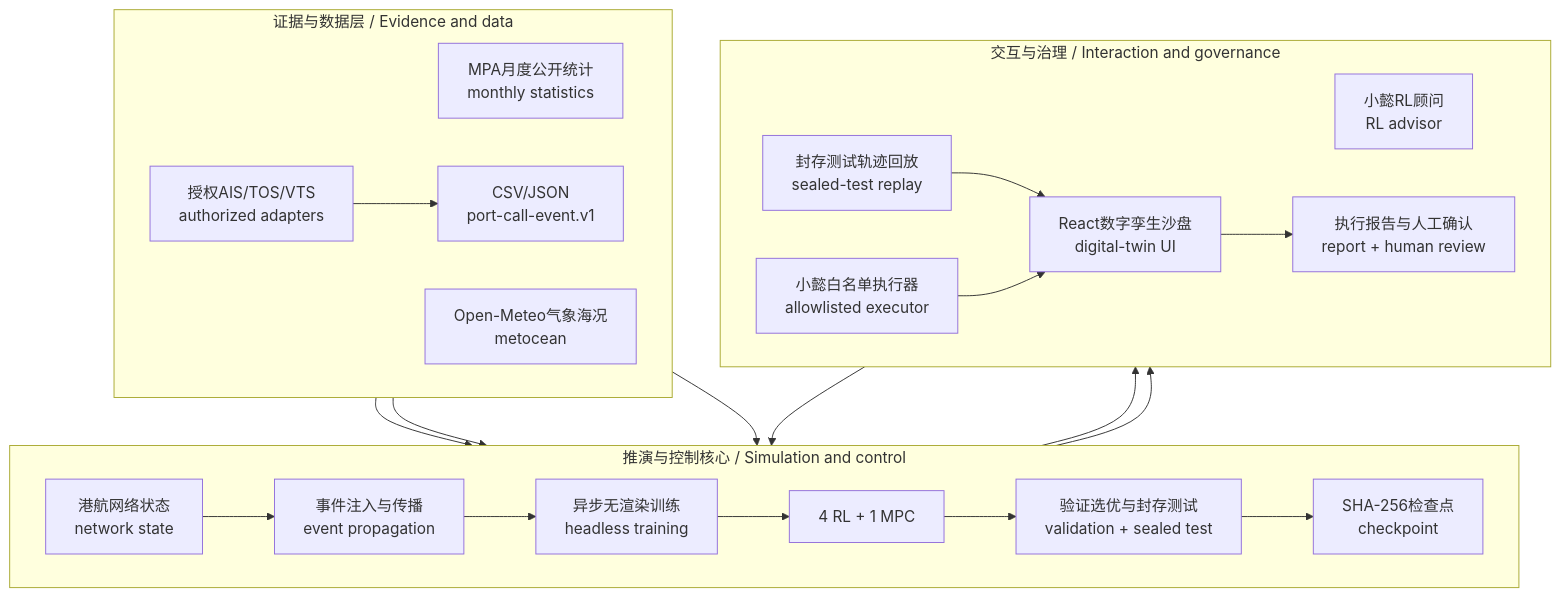
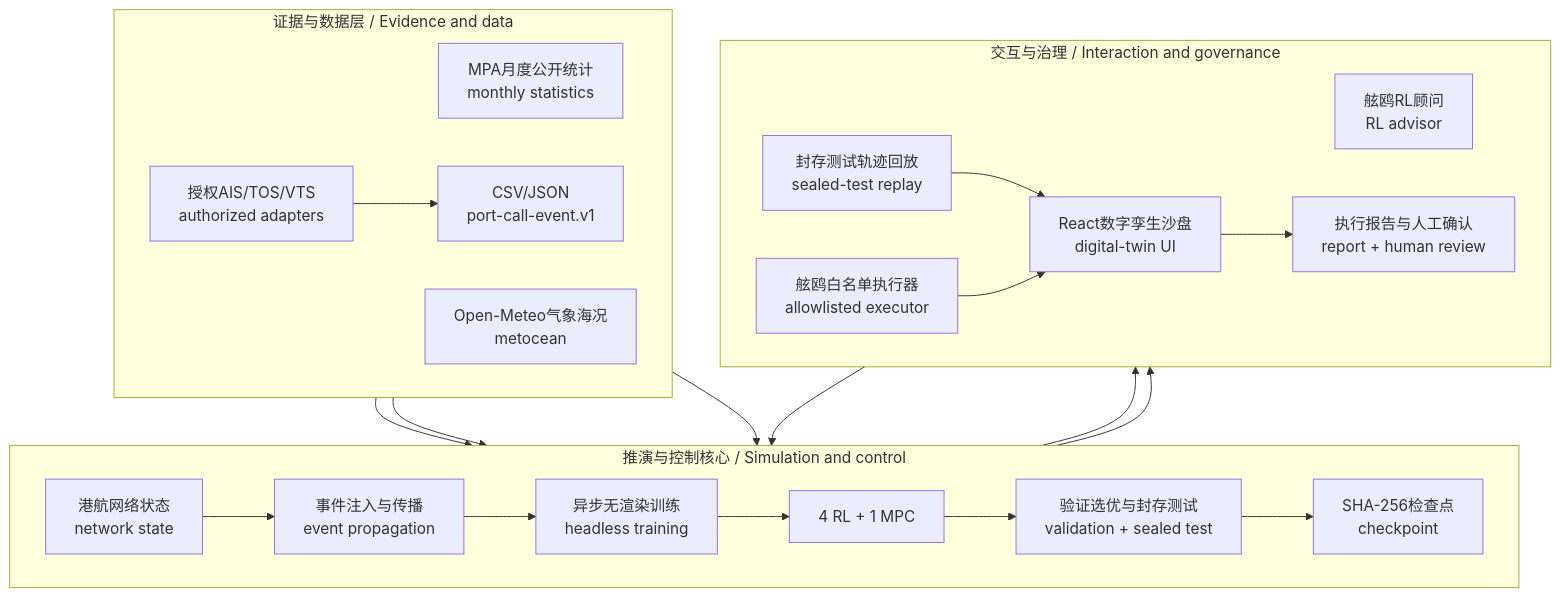
Before and after one commit to wenjiayi123/malacca-port-resilience-sandbox: the diagram in README.md, drawn with Mermaid. The commit also changed other lines of this file and 108 other files, not shown here.

````diff
--- a/README.md
+++ b/README.md
@@ -311,35 +311,35 @@
 ```mermaid
 flowchart TB
   subgraph Evidence["证据与数据层 / Evidence and data"]
     direction LR
     MPA["MPA月度公开统计<br/>monthly statistics"]
     WX["Open-Meteo气象海况<br/>metocean"]
     AUTH["授权AIS/TOS/VTS<br/>authorized adapters"]
     CONTRACT["CSV/JSON<br/>port-call-event.v1"]
   end
   subgraph Core["推演与控制核心 / Simulation and control"]
     direction LR
     STATE["港航网络状态<br/>network state"]
     EVENT["事件注入与传播<br/>event propagation"]
     JOB["异步无渲染训练<br/>headless training"]
     BASE["4 RL + 1 MPC"]
     HOLDOUT["验证选优与封存测试<br/>validation + sealed test"]
     CKPT["SHA-256检查点<br/>checkpoint"]
   end
   subgraph Governance["交互与治理 / Interaction and governance"]
     direction LR
-    XADV["小懿RL顾问<br/>RL advisor"]
-    XEXEC["小懿白名单执行器<br/>allowlisted executor"]
+    XADV["舷鸥RL顾问<br/>RL advisor"]
+    XEXEC["舷鸥白名单执行器<br/>allowlisted executor"]
     UI["React数字孪生沙盘<br/>digital-twin UI"]
     REPLAY["封存测试轨迹回放<br/>sealed-test replay"]
     REVIEW["执行报告与人工确认<br/>report + human review"]
   end
   MPA --> STATE
   WX --> STATE
   AUTH --> CONTRACT --> STATE
   STATE --> EVENT --> JOB --> BASE --> HOLDOUT --> CKPT
   STATE --> UI
   CKPT --> REPLAY --> UI
   XADV --> JOB
   XEXEC --> UI --> REVIEW
 ```
````
